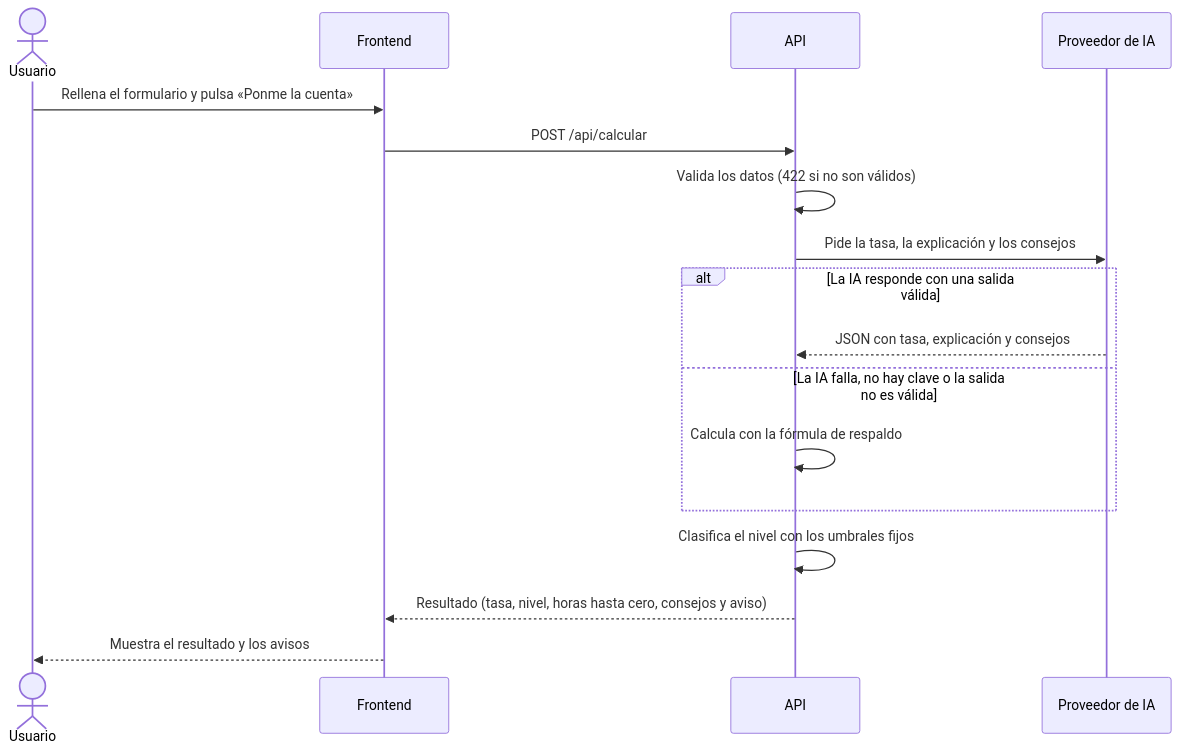
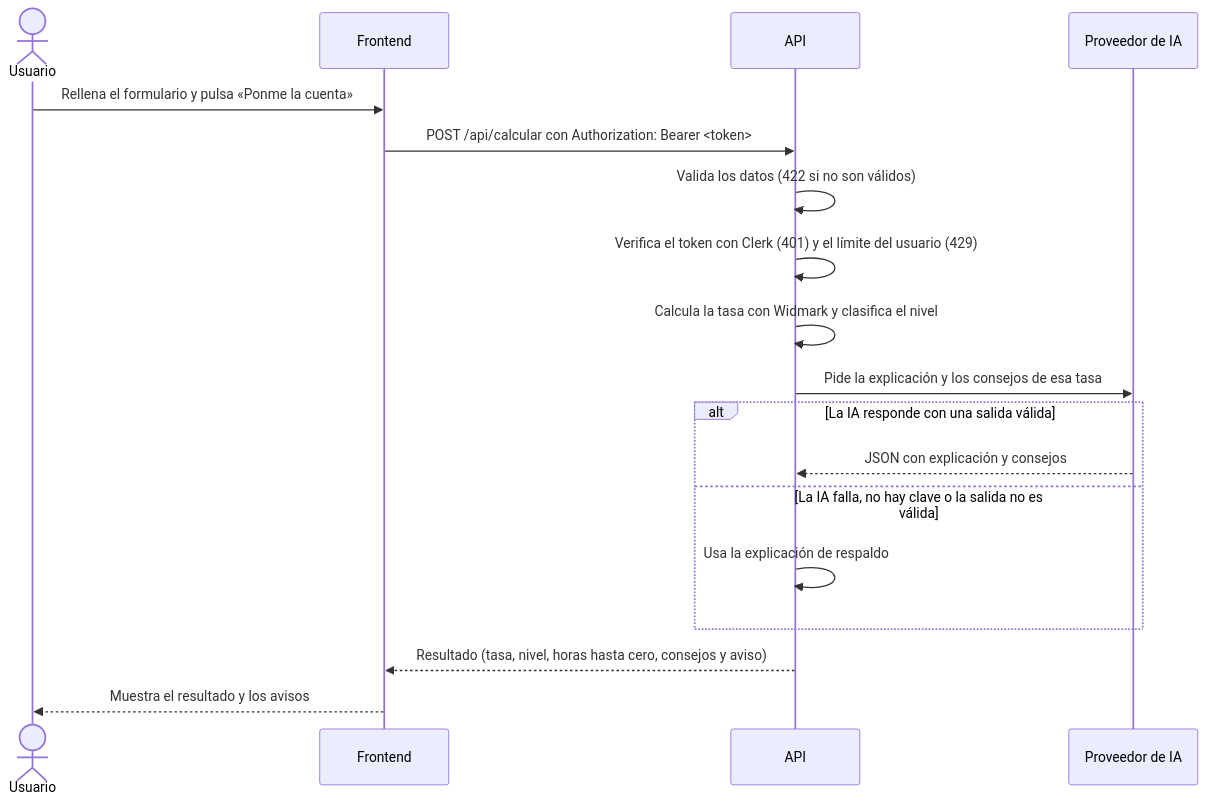
The second of 2 diagrams in ERS.md (Manolo1709/DM_Chat_Ofi), drawn with Mermaid before and after one commit. The commit also changed other lines of this file and 5 other files, not shown here.

````diff
--- a/ERS.md
+++ b/ERS.md
@@ -568,19 +659,20 @@
 ```mermaid
 sequenceDiagram
     actor U as Usuario
     participant F as Frontend
     participant A as API
     participant IA as Proveedor de IA
     U->>F: Rellena el formulario y pulsa «Ponme la cuenta»
-    F->>A: POST /api/calcular
+    F->>A: POST /api/calcular con Authorization: Bearer <token>
     A->>A: Valida los datos (422 si no son válidos)
-    A->>IA: Pide la tasa, la explicación y los consejos
+    A->>A: Verifica el token con Clerk (401) y el límite del usuario (429)
+    A->>A: Calcula la tasa con Widmark y clasifica el nivel
+    A->>IA: Pide la explicación y los consejos de esa tasa
     alt La IA responde con una salida válida
-        IA-->>A: JSON con tasa, explicación y consejos
+        IA-->>A: JSON con explicación y consejos
     else La IA falla, no hay clave o la salida no es válida
-        A->>A: Calcula con la fórmula de respaldo
+        A->>A: Usa la explicación de respaldo
     end
-    A->>A: Clasifica el nivel con los umbrales fijos
     A-->>F: Resultado (tasa, nivel, horas hasta cero, consejos y aviso)
     F-->>U: Muestra el resultado y los avisos
 ```
````
